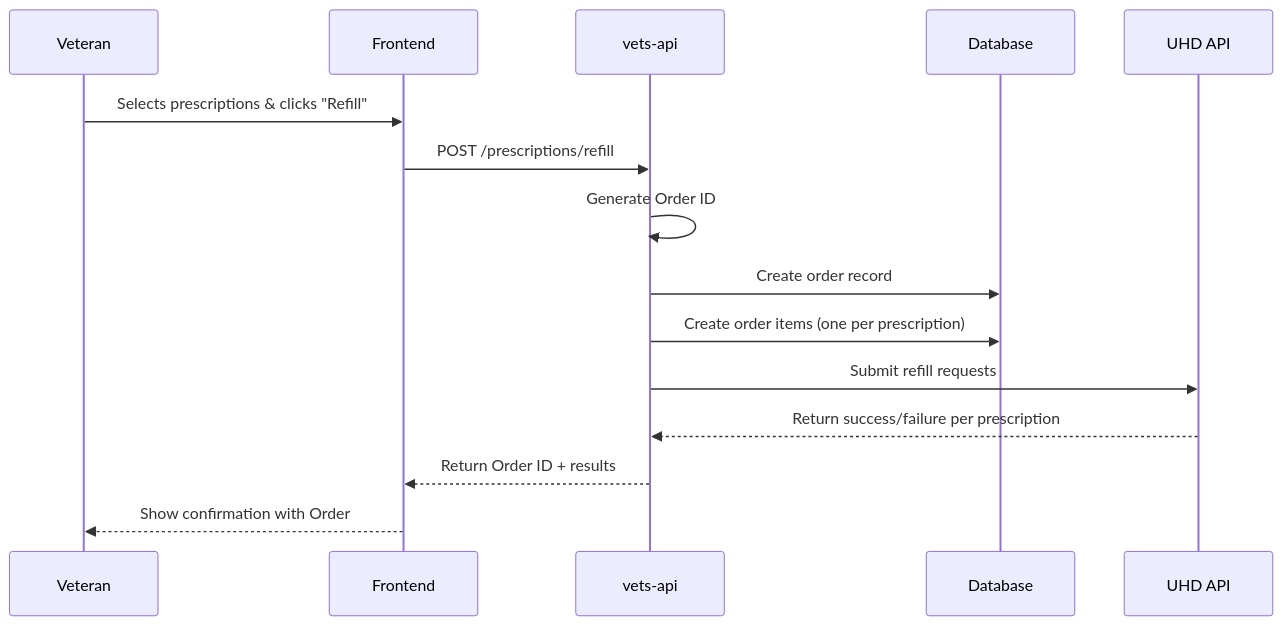
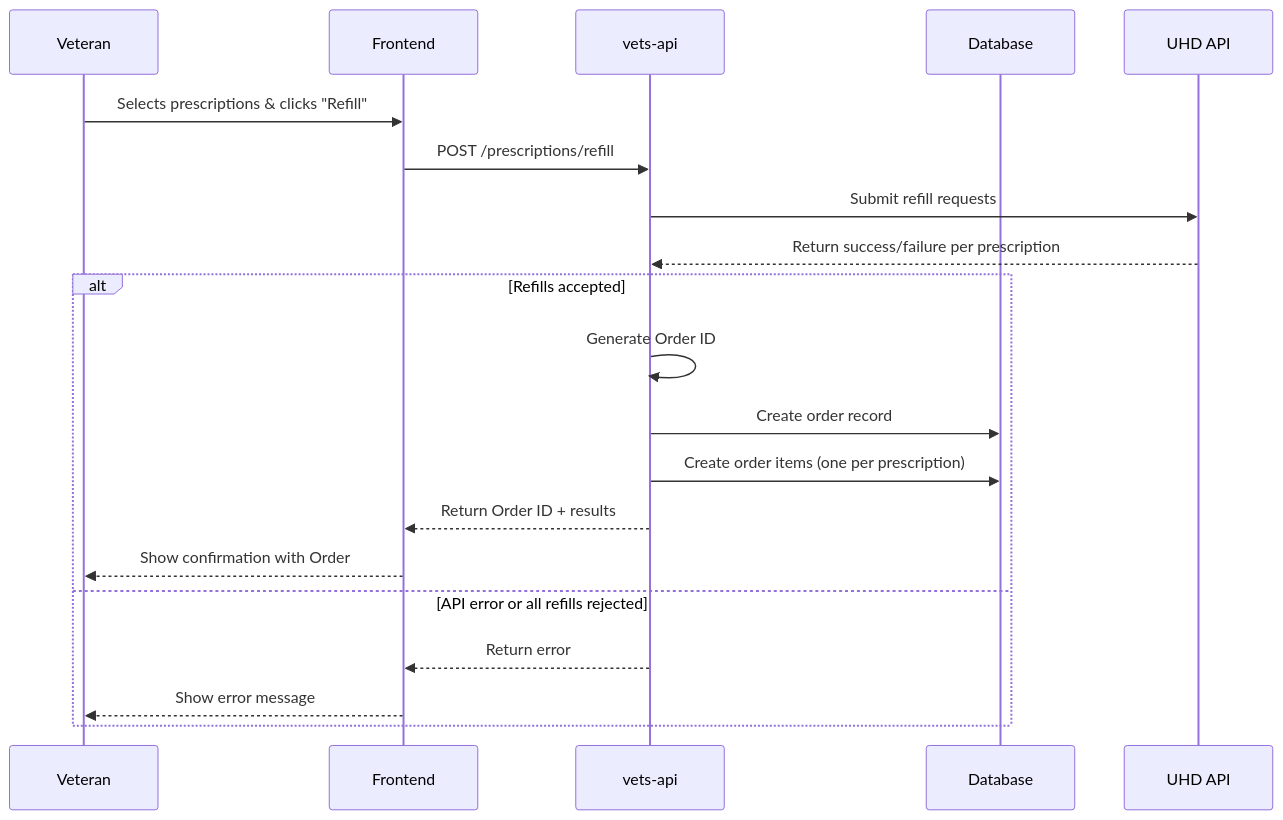
Before and after one commit to department-of-veterans-affairs/va.gov-team: the second of 4 diagrams in products/health-care/prescription-refills/mhv-prescription-refill/2025-12-prescription-refill-order-tracking.md, drawn with Mermaid.

Commit message:
Enhance prescription refill order tracking flow
Added conditional flow for prescription refill order tracking, including success and error handling.

````diff
--- a/products/health-care/prescription-refills/mhv-prescription-refill/2025-12-prescription-refill-order-tracking.md
+++ b/products/health-care/prescription-refills/mhv-prescription-refill/2025-12-prescription-refill-order-tracking.md
@@ -596,18 +596,23 @@
 ```mermaid
 sequenceDiagram
     participant Veteran
     participant Frontend
     participant vets-api
     participant Database
     participant UHD API
 
     Veteran->>Frontend: Selects prescriptions & clicks "Refill"
     Frontend->>vets-api: POST /prescriptions/refill
-    vets-api->>vets-api: Generate Order ID
-    vets-api->>Database: Create order record
-    vets-api->>Database: Create order items (one per prescription)
     vets-api->>UHD API: Submit refill requests
     UHD API-->>vets-api: Return success/failure per prescription
-    vets-api-->>Frontend: Return Order ID + results
-    Frontend-->>Veteran: Show confirmation with Order #
+    alt Refills accepted
+        vets-api->>vets-api: Generate Order ID
+        vets-api->>Database: Create order record
+        vets-api->>Database: Create order items (one per prescription)
+        vets-api-->>Frontend: Return Order ID + results
+        Frontend-->>Veteran: Show confirmation with Order #
+    else API error or all refills rejected
+        vets-api-->>Frontend: Return error
+        Frontend-->>Veteran: Show error message
+    end
 ```
````
